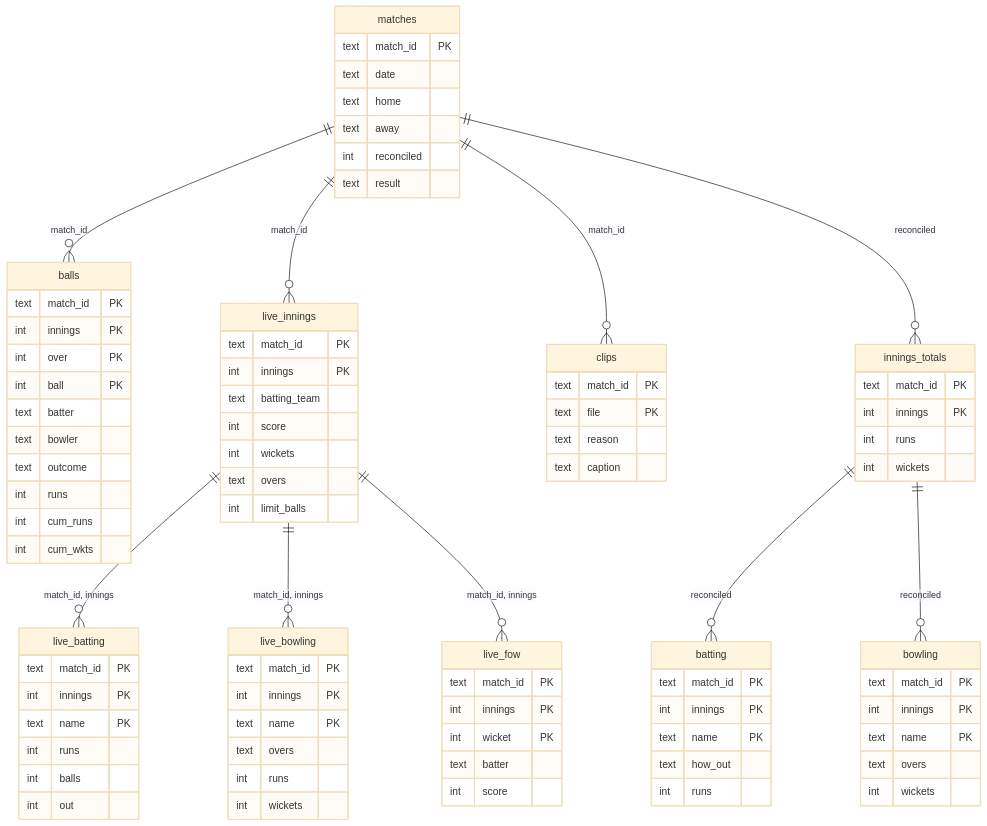
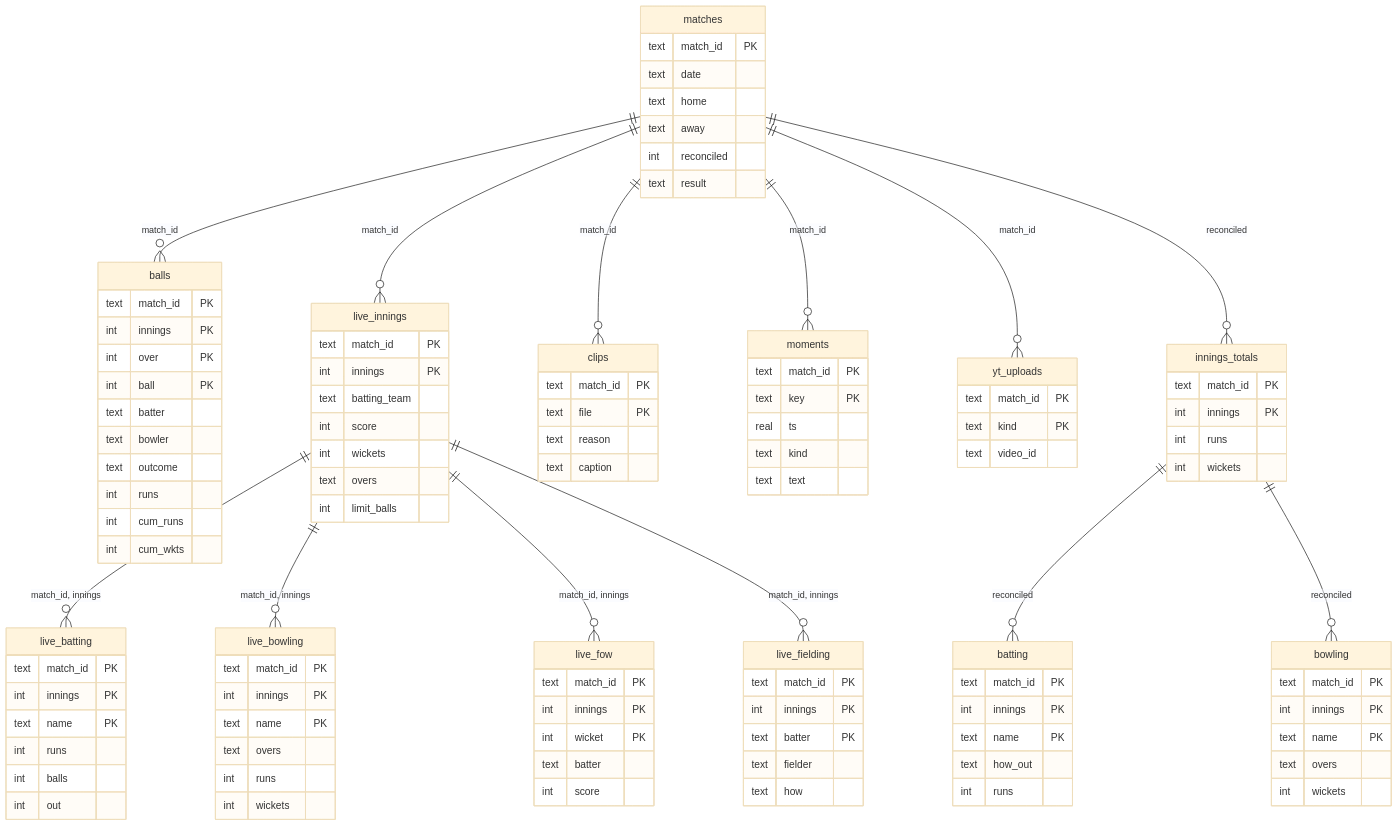
The eighth of 9 diagrams in ARCHITECTURE.md (BridestoweBelstoneCC/Cricket-Live-Stream), drawn with Mermaid (base theme) before and after one commit. The commit also changed other lines of this file and 8 other files, not shown here.

```diff
--- a/ARCHITECTURE.md
+++ b/ARCHITECTURE.md
@@ -451,7 +555,10 @@
     live_innings ||--o{ live_batting : "match_id, innings"
     live_innings ||--o{ live_bowling : "match_id, innings"
     live_innings ||--o{ live_fow : "match_id, innings"
+    live_innings ||--o{ live_fielding : "match_id, innings"
     matches ||--o{ clips : "match_id"
+    matches ||--o{ moments : "match_id"
+    matches ||--o{ yt_uploads : "match_id"
     matches ||--o{ innings_totals : "reconciled"
     innings_totals ||--o{ batting : "reconciled"
     innings_totals ||--o{ bowling : "reconciled"
@@ -508,11 +615,30 @@
         text batter
         int score
     }
+    live_fielding {
+        text match_id PK
+        int innings PK
+        text batter PK
+        text fielder
+        text how
+    }
     clips {
         text match_id PK
         text file PK
         text reason
         text caption
+    }
+    moments {
+        text match_id PK
+        text key PK
+        real ts
+        text kind
+        text text
+    }
+    yt_uploads {
+        text match_id PK
+        text kind PK
+        text video_id
     }
     innings_totals {
         text match_id PK
```
